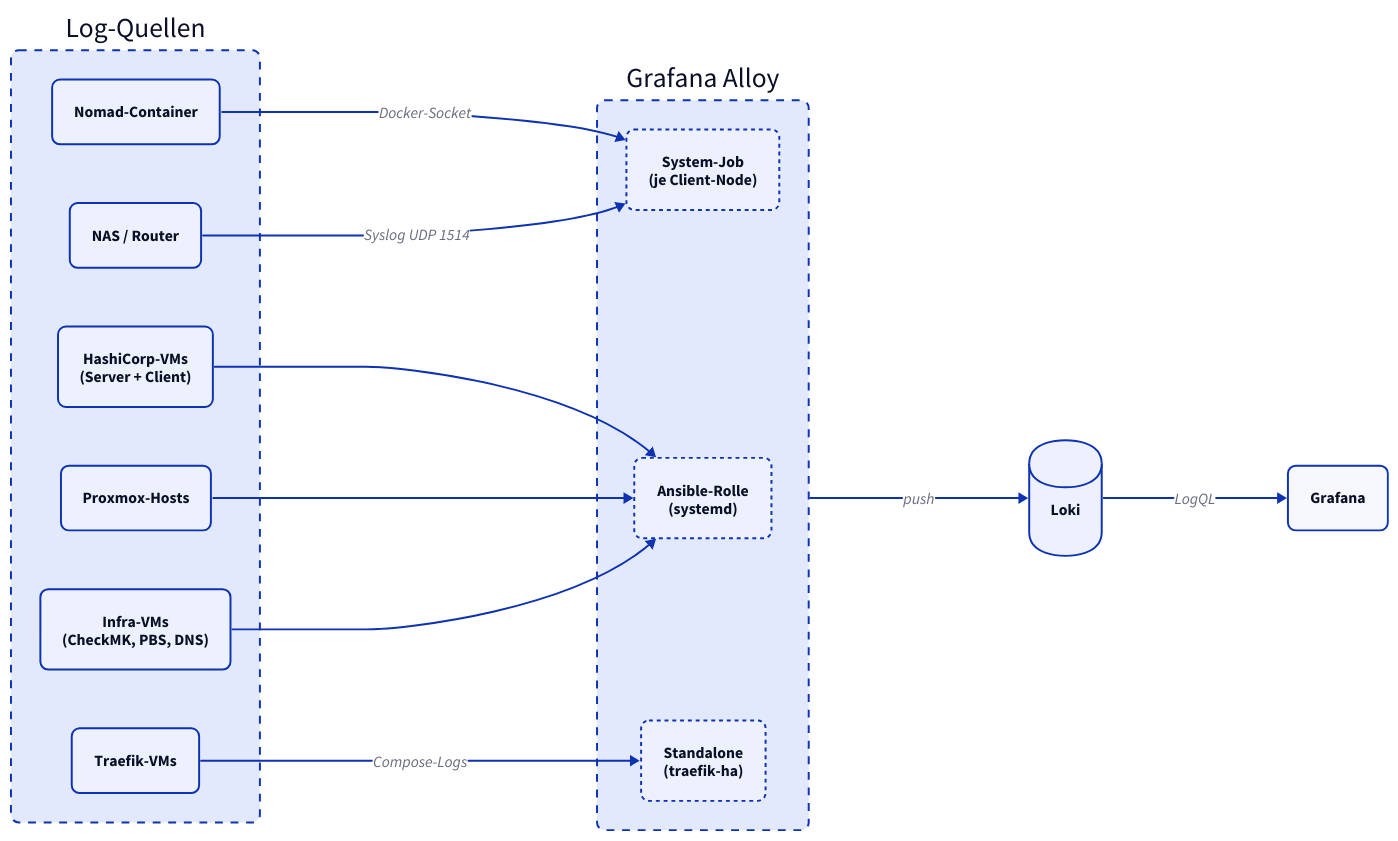
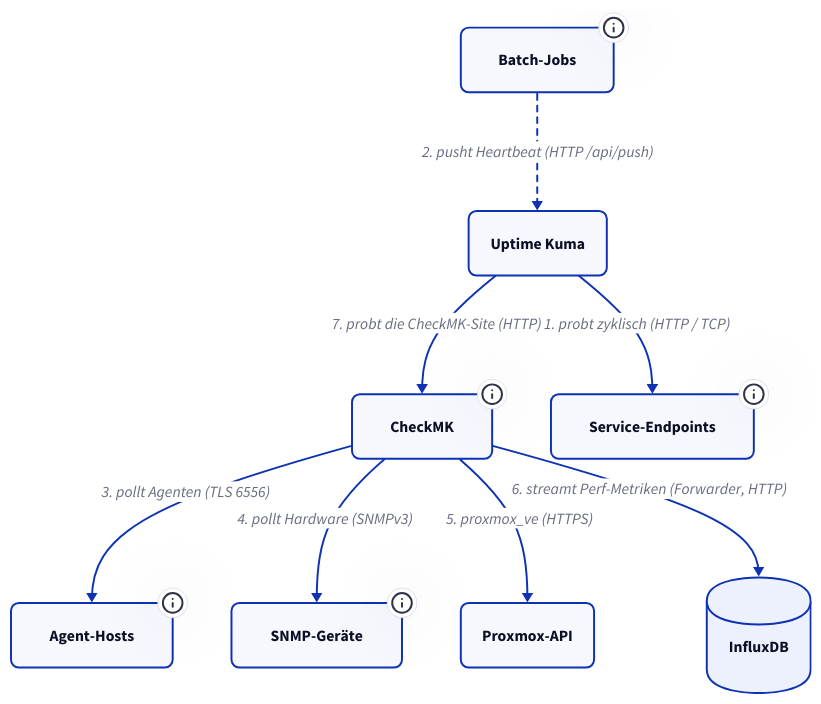
The second of 3 diagrams in docs/monitoring/index.md (derever-labs/homelab-wiki), drawn with D2 before and after one commit. The commit also changed other lines of this file and 29 other files, not shown here.

````diff
--- a/docs/monitoring/index.md
+++ b/docs/monitoring/index.md
@@ -183,59 +102,41 @@
 ```d2
-direction: right
-
 classes: {
-  svc: {
-    style: {
-      border-radius: 8
-    }
-  }
-  agent: {
-    style: {
-      border-radius: 8
-      stroke-dash: 2
-    }
-  }
-  container: {
-    style: {
-      border-radius: 8
-      stroke-dash: 4
-    }
-  }
-  db: {
-    shape: cylinder
-    style: {
-      border-radius: 8
-    }
-  }
+  svc: { style: { border-radius: 8 } }
+  agent: { style: { border-radius: 8; stroke-dash: 2 } }
+  db: { shape: cylinder; style: { border-radius: 8 } }
+  async: { style: { stroke-dash: 3 } }
 }
 
-sources: Log-Quellen {
-  class: container
-  containers: Nomad-Container {class: svc}
-  vms: HashiCorp-VMs\n(Server + Client) {class: svc}
-  proxmox: Proxmox-Hosts {class: svc}
-  infra: Infra-VMs\n(CheckMK, PBS, DNS) {class: svc}
-  traefik: Traefik-VMs {class: svc}
-  nas: NAS / Router {class: svc}
+kuma: Uptime Kuma { class: svc }
+checkmk: CheckMK {
+  class: svc
+  tooltip: Eigenständige VM auf pve02 (Site homelab), kein Nomad-Job
 }
 
-alloy: Grafana Alloy {
-  class: container
-  sys: System-Job\n(je Client-Node) {class: agent}
-  ansible: Ansible-Rolle\n(systemd) {class: agent}
-  standalone: Standalone\n(traefik-ha) {class: agent}
+endpoints: Service-Endpoints {
+  class: svc
+  tooltip: Kern-Infra (Nomad/Consul/Vault, DNS, Ingress, Storage) plus Fläche (Media, Apps, IoT)
 }
+batch: Batch-Jobs {
+  class: svc
+  tooltip: Backups, Snapshots, Crons -- bei Fehler expliziter Down-Push mit Fehlergrund
+}
+agents: Agent-Hosts {
+  class: svc
+  tooltip: VMs und Proxmox-Hosts mit CheckMK-Agent, Nomad-Container via Docker-Piggyback
+}
+snmp: SNMP-Geräte {
+  class: svc
+  tooltip: Beide Synology-NAS (synology-nas, nana-nas via Tailscale)
+}
+pve: Proxmox-API { class: svc }
+influx: InfluxDB { class: db }
 
-loki: Loki {class: db}
-grafana: Grafana {class: svc}
-
-sources.containers -> alloy.sys: Docker-Socket
-sources.nas -> alloy.sys: Syslog UDP 1514
-sources.vms -> alloy.ansible
-sources.proxmox -> alloy.ansible
-sources.infra -> alloy.ansible
-sources.traefik -> alloy.standalone: Compose-Logs
-
-alloy -> loki: push
-loki -> grafana: LogQL
+kuma -> endpoints: 1. probt zyklisch (HTTP / TCP)
+batch -> kuma: 2. pusht Heartbeat (HTTP /api/push) { class: async }
+checkmk -> agents: 3. pollt Agenten (TLS 6556)
+checkmk -> snmp: 4. pollt Hardware (SNMPv3)
+checkmk -> pve: 5. proxmox_ve (HTTPS)
+checkmk -> influx: 6. streamt Perf-Metriken (Forwarder, HTTP)
+kuma -> checkmk: 7. probt die CheckMK-Site (HTTP)
 ```
````
